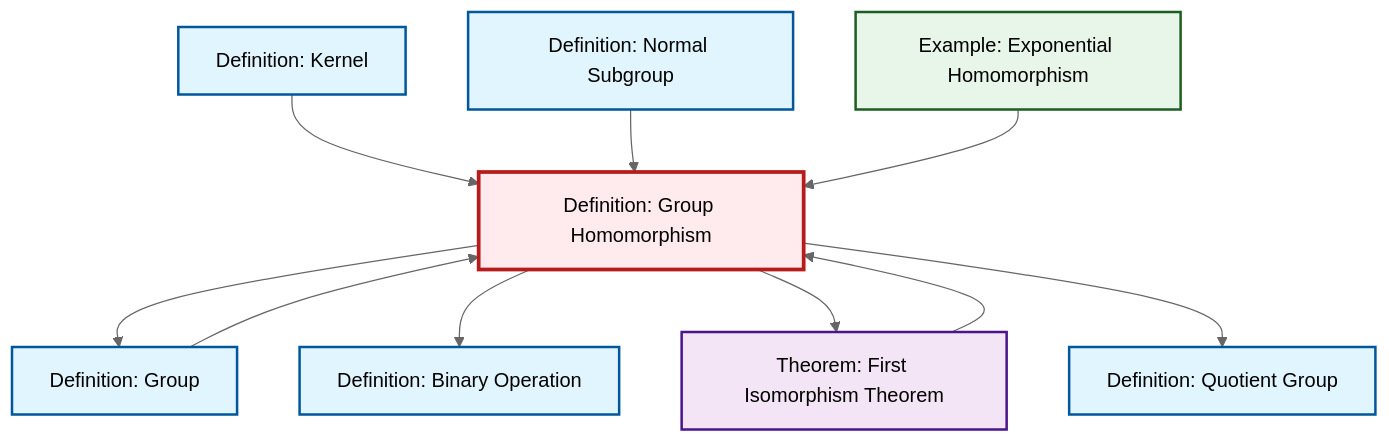
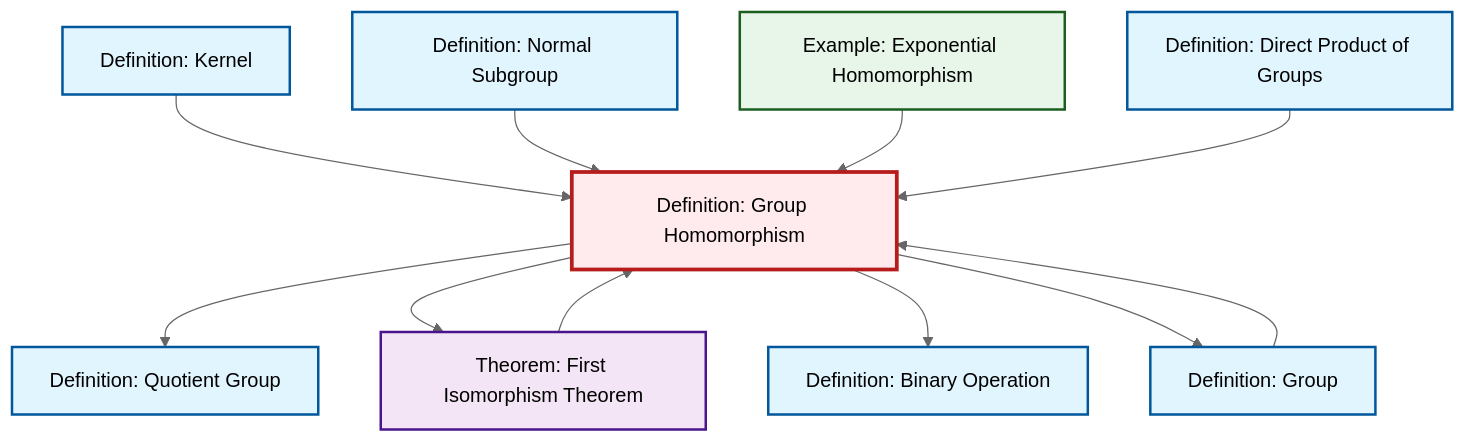
One commit to RK0429/ModernMath changed the diagram in content/en/algebra/def-homomorphism.qmd. Above: the diagram before and after it, drawn with Mermaid (neutral theme). The commit also changed 360 other files, not shown here.

````diff
--- a/content/en/algebra/def-homomorphism.qmd
+++ b/content/en/algebra/def-homomorphism.qmd
@@ -61,34 +61,37 @@
 ```{mermaid}
 %%| fig-cap: "Local dependency graph"
 graph TD
     classDef definition fill:#e1f5fe,stroke:#01579b,stroke-width:2px
     classDef theorem fill:#f3e5f5,stroke:#4a148c,stroke-width:2px
     classDef axiom fill:#fff3e0,stroke:#e65100,stroke-width:2px
     classDef example fill:#e8f5e9,stroke:#1b5e20,stroke-width:2px
     classDef current fill:#ffebee,stroke:#b71c1c,stroke-width:3px
-    def-binary-operation["Definition: Binary Operation"]:::definition
-    def-kernel["Definition: Kernel"]:::definition
-    thm-first-isomorphism["Theorem: First Isomorphism Theorem"]:::theorem
-    def-normal-subgroup["Definition: Normal Subgroup"]:::definition
-    def-group["Definition: Group"]:::definition
-    def-homomorphism["Definition: Group Homomorphism"]:::definition
     ex-exponential-homomorphism["Example: Exponential Homomorphism"]:::example
     def-quotient-group["Definition: Quotient Group"]:::definition
+    def-normal-subgroup["Definition: Normal Subgroup"]:::definition
+    def-homomorphism["Definition: Group Homomorphism"]:::definition
+    thm-first-isomorphism["Theorem: First Isomorphism Theorem"]:::theorem
+    def-kernel["Definition: Kernel"]:::definition
+    def-direct-product["Definition: Direct Product of Groups"]:::definition
+    def-group["Definition: Group"]:::definition
+    def-binary-operation["Definition: Binary Operation"]:::definition
+    def-homomorphism --> def-quotient-group
+    def-group --> def-homomorphism
+    def-homomorphism --> thm-first-isomorphism
+    thm-first-isomorphism --> def-homomorphism
     def-kernel --> def-homomorphism
+    def-normal-subgroup --> def-homomorphism
+    ex-exponential-homomorphism --> def-homomorphism
+    def-homomorphism --> def-binary-operation
     def-homomorphism --> def-group
-    def-homomorphism --> def-binary-operation
-    thm-first-isomorphism --> def-homomorphism
-    def-homomorphism --> thm-first-isomorphism
-    def-normal-subgroup --> def-homomorphism
-    def-group --> def-homomorphism
-    def-homomorphism --> def-quotient-group
-    ex-exponential-homomorphism --> def-homomorphism
+    def-direct-product --> def-homomorphism
     class def-homomorphism current
-    click def-binary-operation "def-binary-operation.html" "Go to Binary Operation definition"
-    click def-kernel "def-kernel.html" "Go to Kernel definition"
-    click thm-first-isomorphism "thm-first-isomorphism.html" "Go to First Isomorphism Theorem theorem"
-    click def-normal-subgroup "def-normal-subgroup.html" "Go to Normal Subgroup definition"
-    click def-group "def-group.html" "Go to Group definition"
     click ex-exponential-homomorphism "ex-exponential-homomorphism.html" "Go to Exponential Homomorphism example"
     click def-quotient-group "def-quotient-group.html" "Go to Quotient Group definition"
+    click def-normal-subgroup "def-normal-subgroup.html" "Go to Normal Subgroup definition"
+    click thm-first-isomorphism "thm-first-isomorphism.html" "Go to First Isomorphism Theorem theorem"
+    click def-kernel "def-kernel.html" "Go to Kernel definition"
+    click def-direct-product "def-direct-product.html" "Go to Direct Product of Groups definition"
+    click def-group "def-group.html" "Go to Group definition"
+    click def-binary-operation "def-binary-operation.html" "Go to Binary Operation definition"
 ```
````
